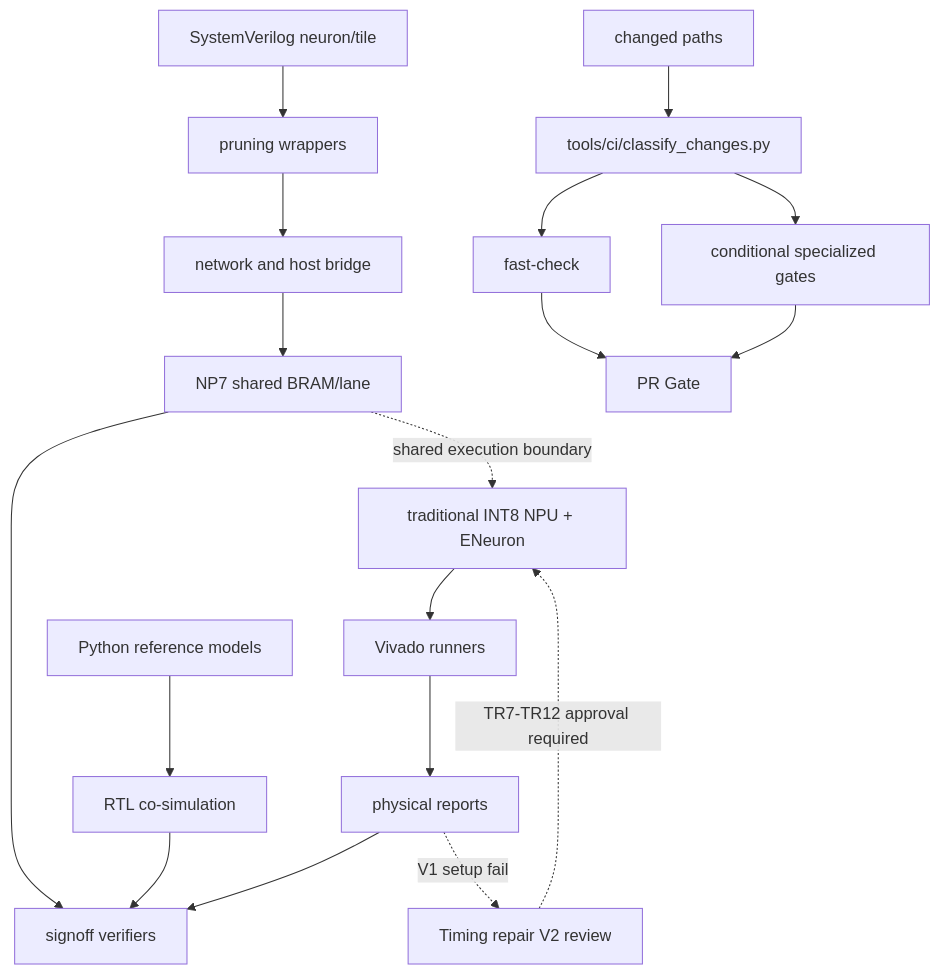
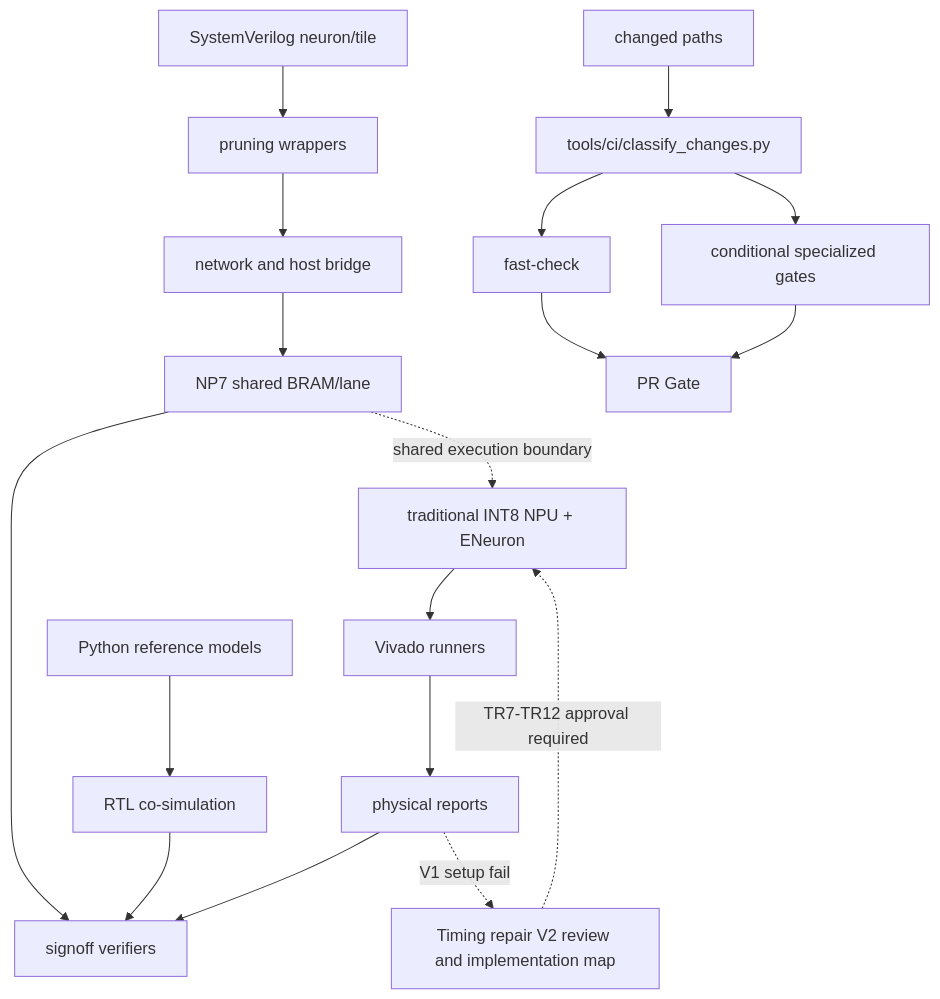
One commit to Epslion404/ENeuron changed the diagram in .nexus-map/arch/dependencies.md. Above: the diagram before and after it, drawn with Mermaid. The commit also changed other lines of this file and 15 other files, not shown here.

Commit message:
docs: refine NPU timing repair V2 review

````diff
--- a/.nexus-map/arch/dependencies.md
+++ b/.nexus-map/arch/dependencies.md
@@ -7,20 +7,20 @@
 ```mermaid
 graph TD
   ref[Python reference models] --> cosim[RTL co-simulation]
   rtl[SystemVerilog neuron/tile] --> wrap[pruning wrappers]
   wrap --> net[network and host bridge]
   net --> np7[NP7 shared BRAM/lane]
   np7 --> verify[signoff verifiers]
   cosim --> verify[signoff verifiers]
   vivado[Vivado runners] --> reports[physical reports]
   reports --> verify
-  reports -. V1 setup fail .-> timing[Timing repair V2 review]
+  reports -. V1 setup fail .-> timing[Timing repair V2 review and implementation map]
   timing -. TR7-TR12 approval required .-> npu
   np7 -. shared execution boundary .-> npu[traditional INT8 NPU + ENeuron]
   npu --> vivado
   changes[changed paths] --> classify[tools/ci/classify_changes.py]
   classify --> fast[fast-check]
   classify --> specialized[conditional specialized gates]
   fast --> gate[PR Gate]
   specialized --> gate
 ```
````
